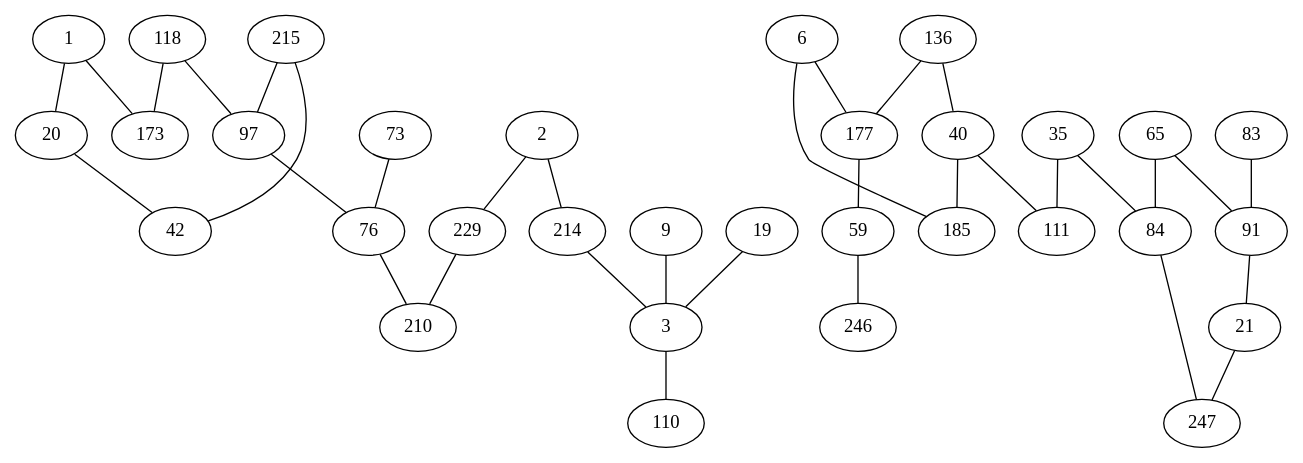
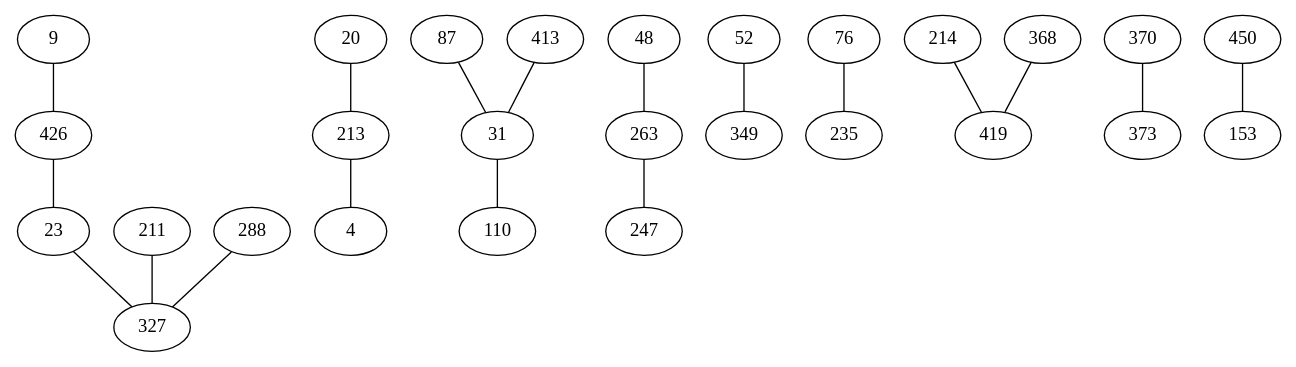
The diagram in external/dbg2olc/BiDirectedBestOverlapGraph.dot (AuCson/Genome-Assembly-Implementation), drawn with Graphviz before and after one commit. The commit also changed 67 other files, not shown here.

```diff
--- a/external/dbg2olc/BiDirectedBestOverlapGraph.dot
+++ b/external/dbg2olc/BiDirectedBestOverlapGraph.dot
@@ -1,57 +1,33 @@
 strict graph G {
-1 -- 173;
-2 -- 229;
-3 -- 110;
-6 -- 185;
-20 -- 42;
-21 -- 247;
-35 -- 111;
-40 -- 111;
-42 -- 20;
-59 -- 246;
-65 -- 91;
-73 -- 76;
-83 -- 91;
-84 -- 247;
-91 -- 21;
-97 -- 76;
-111 -- 35;
-118 -- 97;
-136 -- 177;
-173 -- 1;
-177 -- 59;
-185 -- 6;
-214 -- 3;
-215 -- 42;
-229 -- 2;
-246 -- 59;
-247 -- 21;
-1 -- 20;
-2 -- 214;
-3 -- 214;
-6 -- 177;
-9 -- 3;
-19 -- 3;
-21 -- 91;
-35 -- 84;
-40 -- 185;
-42 -- 215;
-59 -- 177;
-65 -- 84;
-76 -- 210;
-84 -- 35;
-91 -- 83;
-97 -- 118;
-110 -- 3;
-111 -- 40;
-118 -- 173;
-136 -- 40;
-173 -- 118;
-177 -- 6;
-185 -- 40;
-210 -- 76;
-214 -- 2;
-215 -- 97;
-229 -- 210;
-247 -- 84;
+9 -- 426;
+20 -- 213;
+23 -- 327;
+31 -- 110;
+48 -- 263;
+52 -- 349;
+76 -- 235;
+87 -- 31;
+110 -- 31;
+211 -- 327;
+213 -- 4;
+214 -- 419;
+235 -- 76;
+263 -- 247;
+288 -- 327;
+327 -- 211;
+349 -- 52;
+368 -- 419;
+370 -- 373;
+413 -- 31;
+426 -- 23;
+450 -- 153;
+4 -- 213;
+31 -- 87;
+31 -- 413;
+153 -- 450;
+247 -- 263;
+327 -- 23;
+373 -- 370;
+419 -- 368;
+426 -- 9;
 }
```
